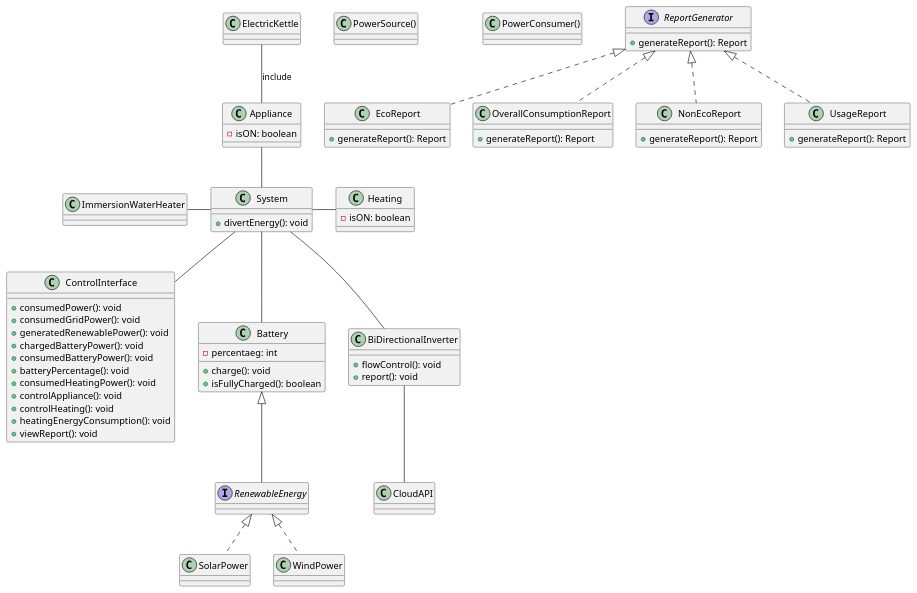
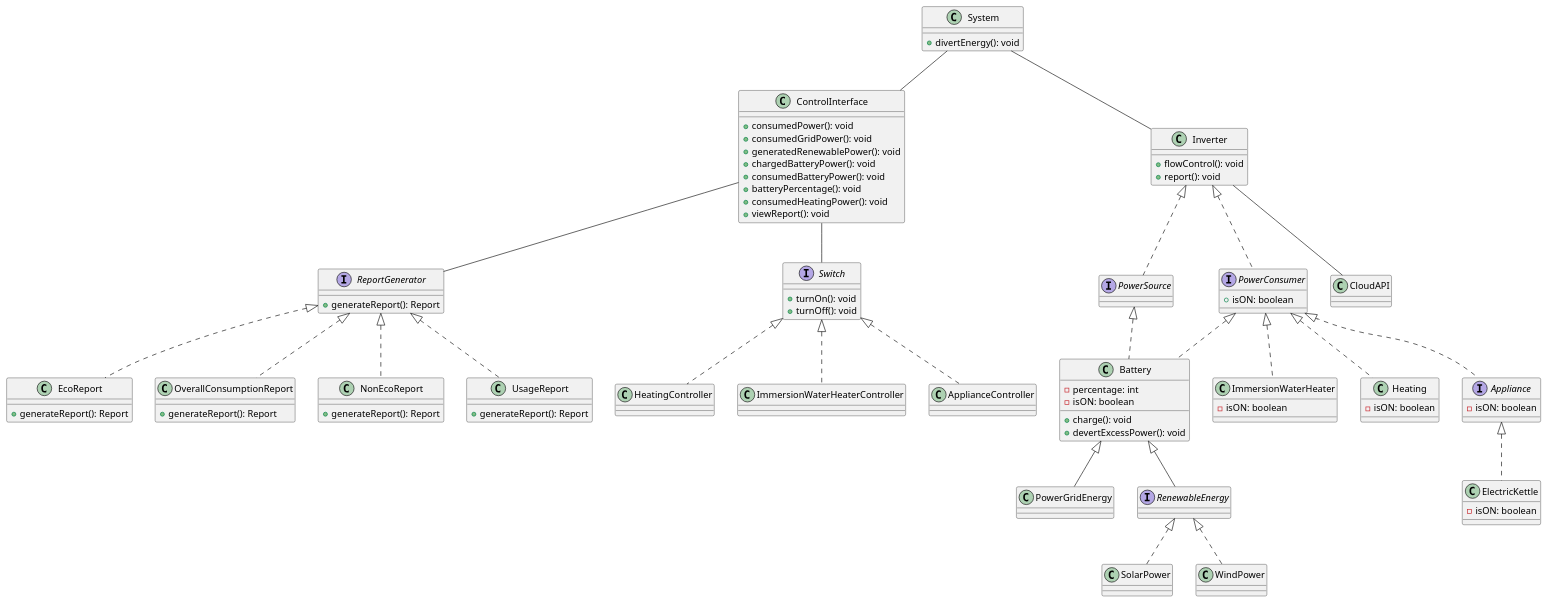
Before and after one commit to yudai-yam/204-Design-and-Architecture: the diagram in Year2/204. Software Design/Coursework/UML.plantUML, drawn with PlantUML.

Commit message:
I think Im done

```diff
--- a/Year2/204. Software Design/Coursework/UML.plantUML
+++ b/Year2/204. Software Design/Coursework/UML.plantUML
@@ -1,119 +1,156 @@
 @startuml Power Manager
 
 class System{
     + divertEnergy(): void
 }
 
 class ControlInterface{
     + consumedPower(): void
     + consumedGridPower(): void
     + generatedRenewablePower(): void
     + chargedBatteryPower(): void
     + consumedBatteryPower(): void 
     + batteryPercentage(): void
     + consumedHeatingPower(): void
-    + controlAppliance(): void
-    + controlHeating(): void
-    + heatingEnergyConsumption(): void
     + viewReport(): void
+}
+
+class PowerGridEnergy{
+
 }
 
 
 interface RenewableEnergy{
 
 }
 
 class SolarPower{
 
 }
 
 class WindPower{
 
 }
 
 
 class Battery{
-    - percentaeg: int
+    - percentage: int
+    - isON: boolean
 
     + charge(): void
-    + isFullyCharged(): boolean
+    + devertExcessPower(): void
 }
 
-class PowerSource(){
+interface PowerSource{
 
 }
 
-class PowerConsumer(){
-
+interface PowerConsumer{
+    + isON: boolean
 }
 
-class BiDirectionalInverter{
+class Inverter{
     + flowControl(): void
     + report(): void
 }
 
 class CloudAPI{
 
 }
 
 class ImmersionWaterHeater{
-
+    - isON: boolean
 }
 
 class Heating{
     - isON: boolean
 }
 
-class Appliance{
+interface Appliance{
     - isON: boolean
 }
 
 class ElectricKettle{
-
+    - isON: boolean
 }
 
 
 
 interface ReportGenerator{
     + generateReport(): Report
 }
 
 class EcoReport {
     + generateReport(): Report
 }
 
 class OverallConsumptionReport{
     + generateReport(): Report
 }
 
 class NonEcoReport {
     + generateReport(): Report
 }
 
 class UsageReport{
     + generateReport(): Report
 }
+
+
+interface Switch{
+    + turnOn(): void
+    + turnOff(): void
+}
+
+class HeatingController{
+
+}
+
+class ImmersionWaterHeaterController{
+
+}
+
+class ApplianceController{
+
+}
  
 
 
 System -- ControlInterface
-System -- Battery
-System -- BiDirectionalInverter
+System -- Inverter
+
 Battery <|-- RenewableEnergy
+Battery <|-- PowerGridEnergy
 
 RenewableEnergy <|.. SolarPower
 RenewableEnergy <|.. WindPower
 
-BiDirectionalInverter -- CloudAPI
-System -r- Heating
-System -l- ImmersionWaterHeater
-Appliance -- System
-ElectricKettle -- Appliance :include
+Appliance <|.. ElectricKettle
+
+PowerSource <|.. Battery
+
+PowerConsumer <|.. Battery
+PowerConsumer <|.. Appliance
+PowerConsumer <|.. ImmersionWaterHeater
+PowerConsumer <|.. Heating
+
+
+Inverter -- CloudAPI
+Inverter <|.. PowerSource
+Inverter <|.. PowerConsumer
+
 
 ReportGenerator <|.. EcoReport
 ReportGenerator <|.. NonEcoReport
 ReportGenerator <|.. OverallConsumptionReport
 ReportGenerator <|.. UsageReport
 
+Switch <|.. HeatingController
+Switch <|.. ImmersionWaterHeaterController
+Switch <|.. ApplianceController
+
+ControlInterface -- Switch
+ControlInterface -- ReportGenerator
+
 
 @enduml
```
